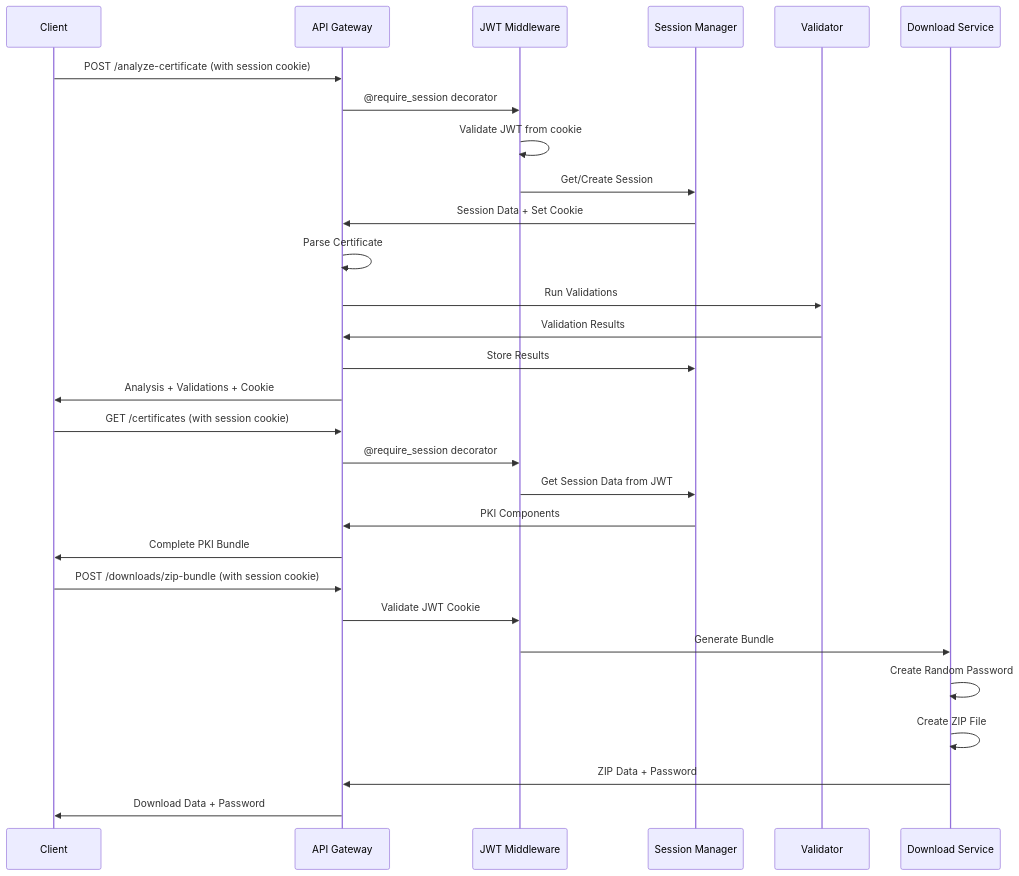
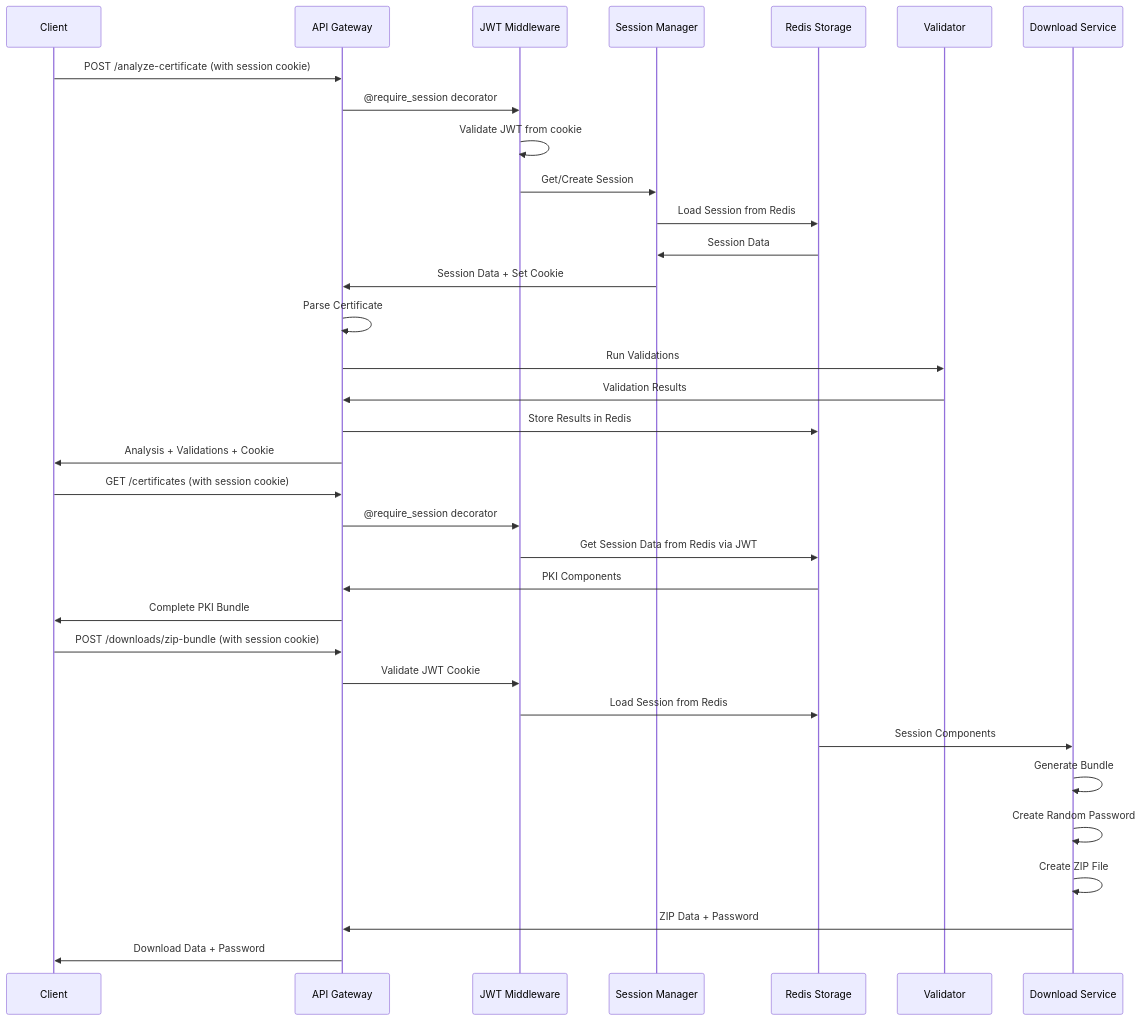
The eighth of 13 diagrams in TECHNICAL.md (fuhdan/certificate-tools), drawn with Mermaid before and after one commit. The commit also changed other lines of this file and 1 other file, not shown here.

````diff
--- a/TECHNICAL.md
+++ b/TECHNICAL.md
@@ -703,34 +858,39 @@
 ```mermaid
 sequenceDiagram
     participant C as Client
     participant A as API Gateway
     participant J as JWT Middleware
     participant S as Session Manager
+    participant R as Redis Storage
     participant V as Validator
     participant D as Download Service
     
     C->>A: POST /analyze-certificate (with session cookie)
     A->>J: @require_session decorator
     J->>J: Validate JWT from cookie
     J->>S: Get/Create Session
+    S->>R: Load Session from Redis
+    R->>S: Session Data
     S->>A: Session Data + Set Cookie
     A->>A: Parse Certificate
     A->>V: Run Validations
     V->>A: Validation Results
-    A->>S: Store Results
+    A->>R: Store Results in Redis
     A->>C: Analysis + Validations + Cookie
     
     C->>A: GET /certificates (with session cookie)
     A->>J: @require_session decorator
-    J->>S: Get Session Data from JWT
-    S->>A: PKI Components
+    J->>R: Get Session Data from Redis via JWT
+    R->>A: PKI Components
     A->>C: Complete PKI Bundle
     
     C->>A: POST /downloads/zip-bundle (with session cookie)
     A->>J: Validate JWT Cookie
-    J->>D: Generate Bundle
+    J->>R: Load Session from Redis
+    R->>D: Session Components
+    D->>D: Generate Bundle
     D->>D: Create Random Password
     D->>D: Create ZIP File
     D->>A: ZIP Data + Password
     A->>C: Download Data + Password
 ```
````
